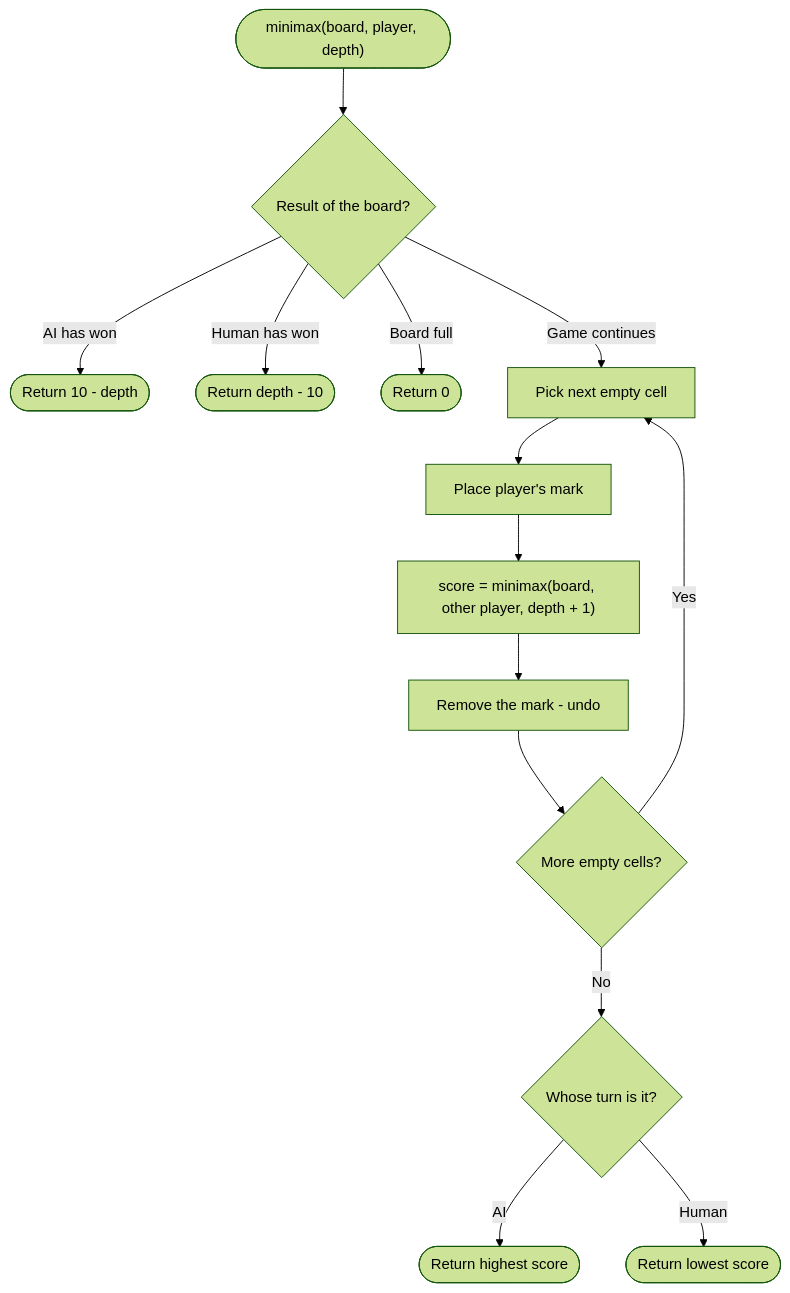
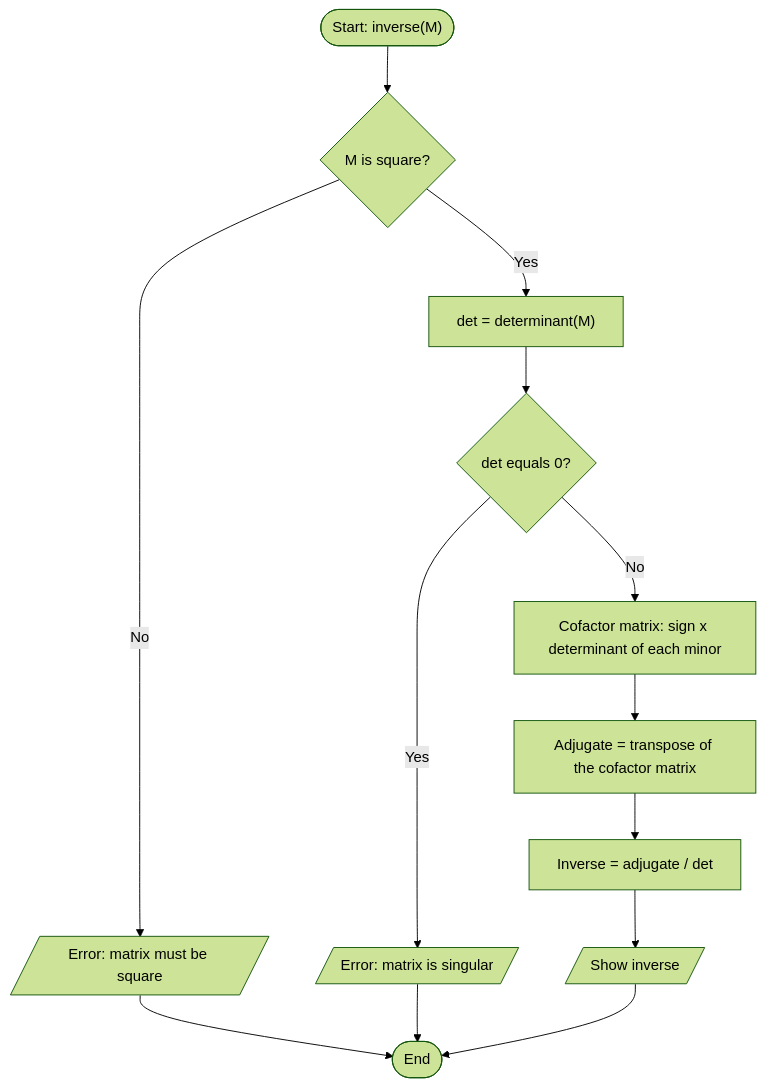
One commit to AtlaSwathi29/2026_27_CSE4-221_python_programming changed the second of 2 diagrams in README.md. Above: the diagram before and after it, drawn with Mermaid (forest theme). The commit also changed other lines of this file and 5 other files, not shown here.

````diff
--- a/README.md
+++ b/README.md
@@ -86,16 +78,15 @@
 ```mermaid
 flowchart TD
-    A(["minimax(board, player, depth)"]) --> B{"Result of the board?"}
-    B -- "AI has won" --> R1(["Return 10 - depth"])
-    B -- "Human has won" --> R2(["Return depth - 10"])
-    B -- "Board full" --> R3(["Return 0"])
-    B -- "Game continues" --> C["Pick next empty cell"]
-    C --> D["Place player's mark"]
-    D --> E["score = minimax(board, other player, depth + 1)"]
-    E --> F["Remove the mark - undo"]
-    F --> G{"More empty cells?"}
-    G -- Yes --> C
-    G -- No --> H{"Whose turn is it?"}
-    H -- "AI" --> R4(["Return highest score"])
-    H -- "Human" --> R5(["Return lowest score"])
+    A(["Start: inverse(M)"]) --> B{"M is square?"}
+    B -- No --> ERR[/"Error: matrix must be square"/]
+    B -- Yes --> C["det = determinant(M)"]
+    C --> D{"det equals 0?"}
+    D -- Yes --> ERR2[/"Error: matrix is singular"/]
+    D -- No --> E["Cofactor matrix: sign x determinant of each minor"]
+    E --> F["Adjugate = transpose of the cofactor matrix"]
+    F --> G["Inverse = adjugate / det"]
+    G --> H[/"Show inverse"/]
+    H --> Z(["End"])
+    ERR --> Z
+    ERR2 --> Z
 ```
````
